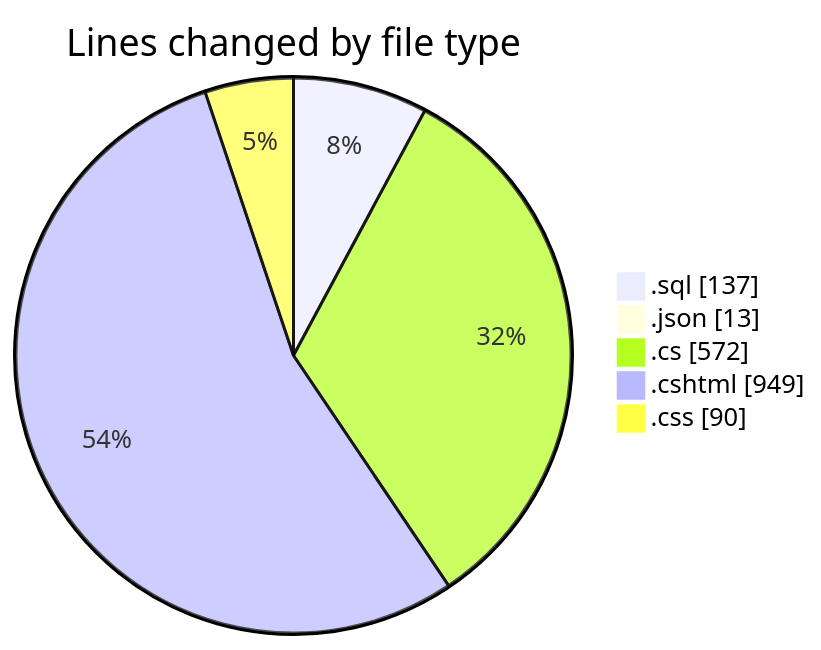
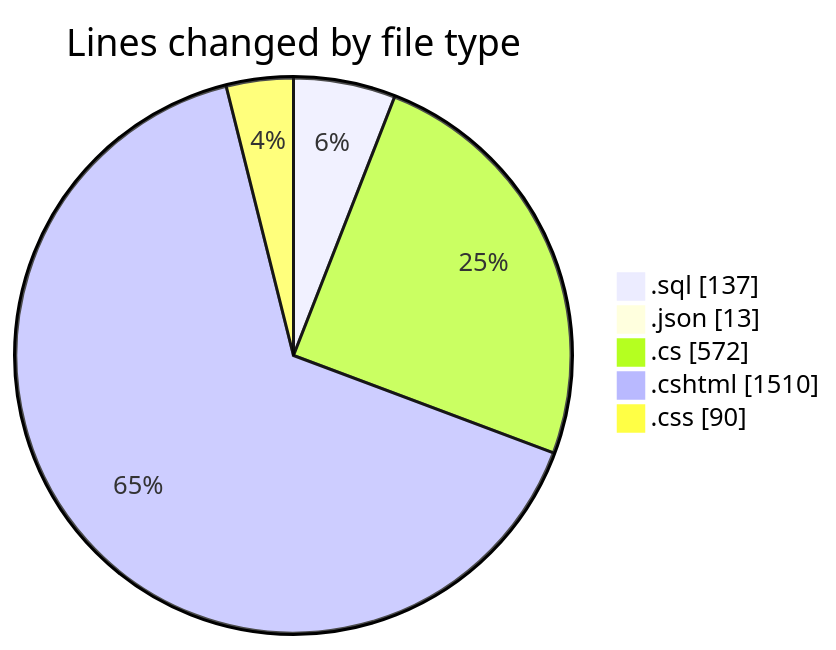
Before and after one commit to lephambinh05/code-tracking: the first of 2 diagrams in 2025-07-14/nhahang/README.md, drawn with Mermaid. The commit also changed other lines of this file and 1 other file, not shown here.

````diff
--- a/2025-07-14/nhahang/README.md
+++ b/2025-07-14/nhahang/README.md
@@ -47,9 +60,9 @@
 ```mermaid
 pie showData
 title Lines changed by file type
 ".sql" : 137
 ".json" : 13
 ".cs" : 572
-".cshtml" : 949
+".cshtml" : 1510
 ".css" : 90
 ```
````
